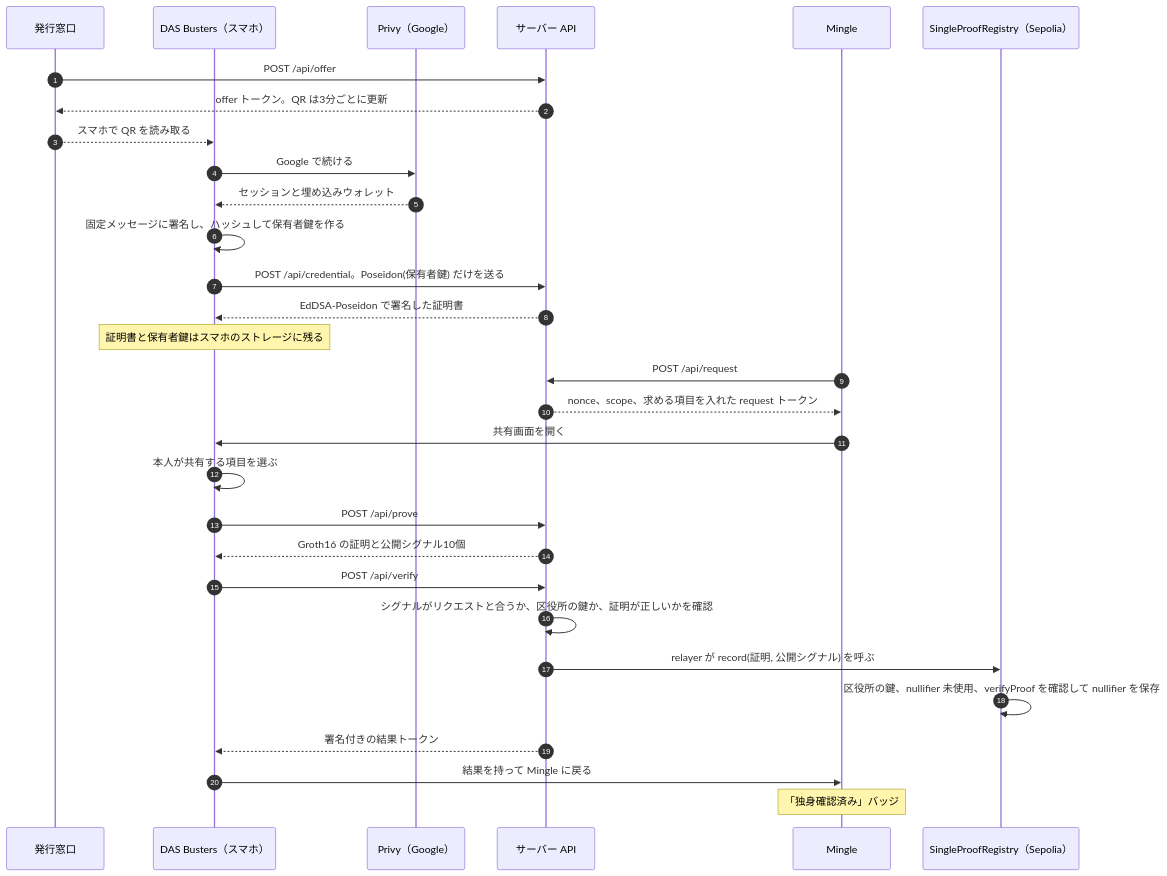
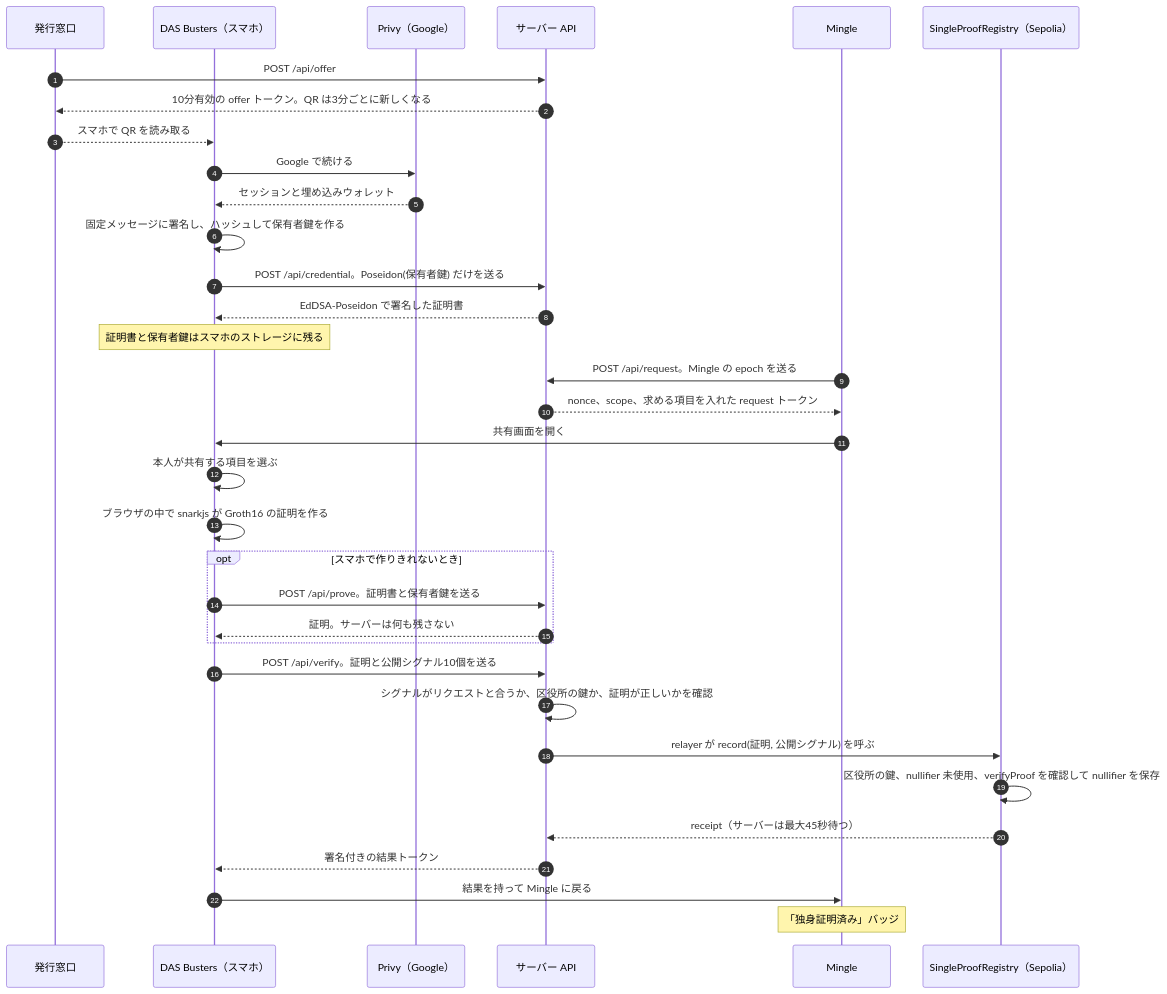
One commit to CobaltSato/das-busters changed the third of 5 diagrams in README.ja.md. Above: the diagram before and after it, drawn with Mermaid. The commit also changed other lines of this file and 1 other file, not shown here.

````diff
--- a/README.ja.md
+++ b/README.ja.md
@@ -56,33 +137,37 @@
 ```mermaid
 sequenceDiagram
   autonumber
   participant C as 発行窓口
   participant W as DAS Busters（スマホ）
   participant P as Privy（Google）
   participant S as サーバー API
   participant M as Mingle
   participant R as SingleProofRegistry（Sepolia）
 
   C->>S: POST /api/offer
-  S-->>C: offer トークン。QR は3分ごとに更新
+  S-->>C: 10分有効の offer トークン。QR は3分ごとに新しくなる
   C-->>W: スマホで QR を読み取る
   W->>P: Google で続ける
   P-->>W: セッションと埋め込みウォレット
   W->>W: 固定メッセージに署名し、ハッシュして保有者鍵を作る
   W->>S: POST /api/credential。Poseidon(保有者鍵) だけを送る
   S-->>W: EdDSA-Poseidon で署名した証明書
   Note over W: 証明書と保有者鍵はスマホのストレージに残る
-  M->>S: POST /api/request
+  M->>S: POST /api/request。Mingle の epoch を送る
   S-->>M: nonce、scope、求める項目を入れた request トークン
   M->>W: 共有画面を開く
   W->>W: 本人が共有する項目を選ぶ
-  W->>S: POST /api/prove
-  S-->>W: Groth16 の証明と公開シグナル10個
-  W->>S: POST /api/verify
+  W->>W: ブラウザの中で snarkjs が Groth16 の証明を作る
+  opt スマホで作りきれないとき
+    W->>S: POST /api/prove。証明書と保有者鍵を送る
+    S-->>W: 証明。サーバーは何も残さない
+  end
+  W->>S: POST /api/verify。証明と公開シグナル10個を送る
   S->>S: シグナルがリクエストと合うか、区役所の鍵か、証明が正しいかを確認
   S->>R: relayer が record(証明, 公開シグナル) を呼ぶ
   R->>R: 区役所の鍵、nullifier 未使用、verifyProof を確認して nullifier を保存
+  R-->>S: receipt（サーバーは最大45秒待つ）
   S-->>W: 署名付きの結果トークン
   W->>M: 結果を持って Mingle に戻る
-  Note over M: 「独身確認済み」バッジ
+  Note over M: 「独身証明済み」バッジ
 ```
````
